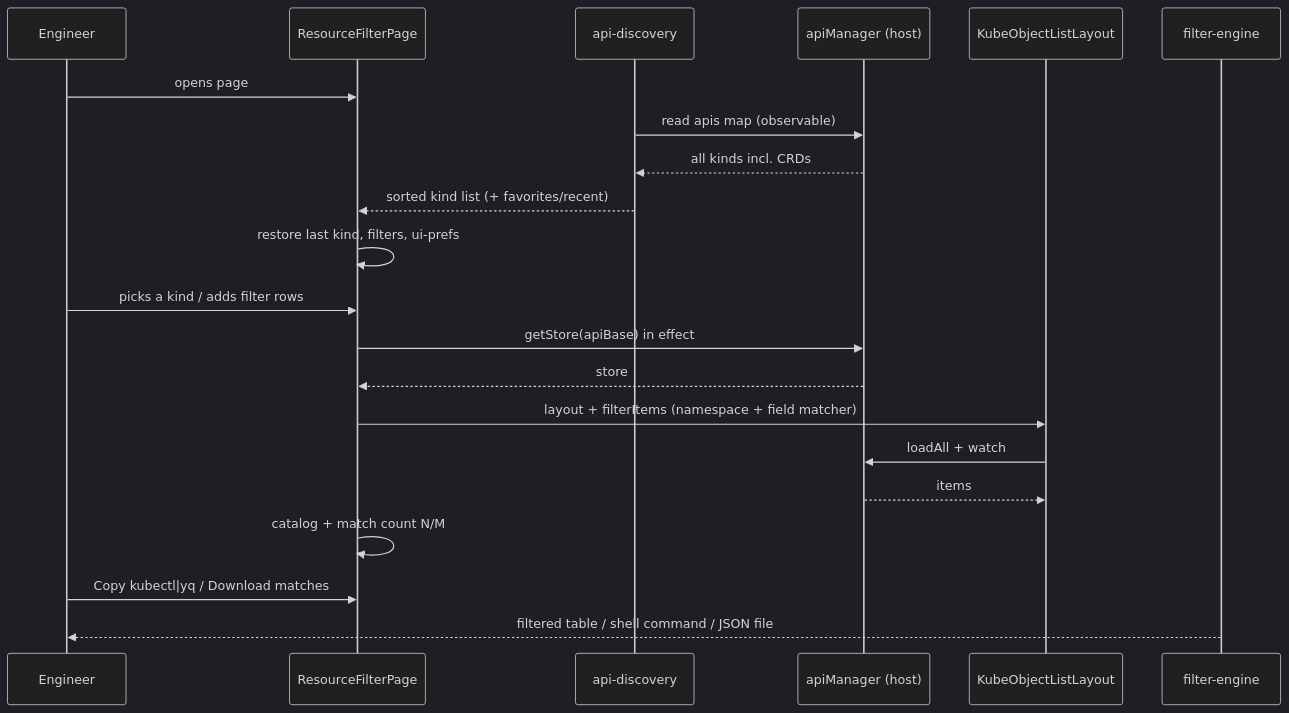
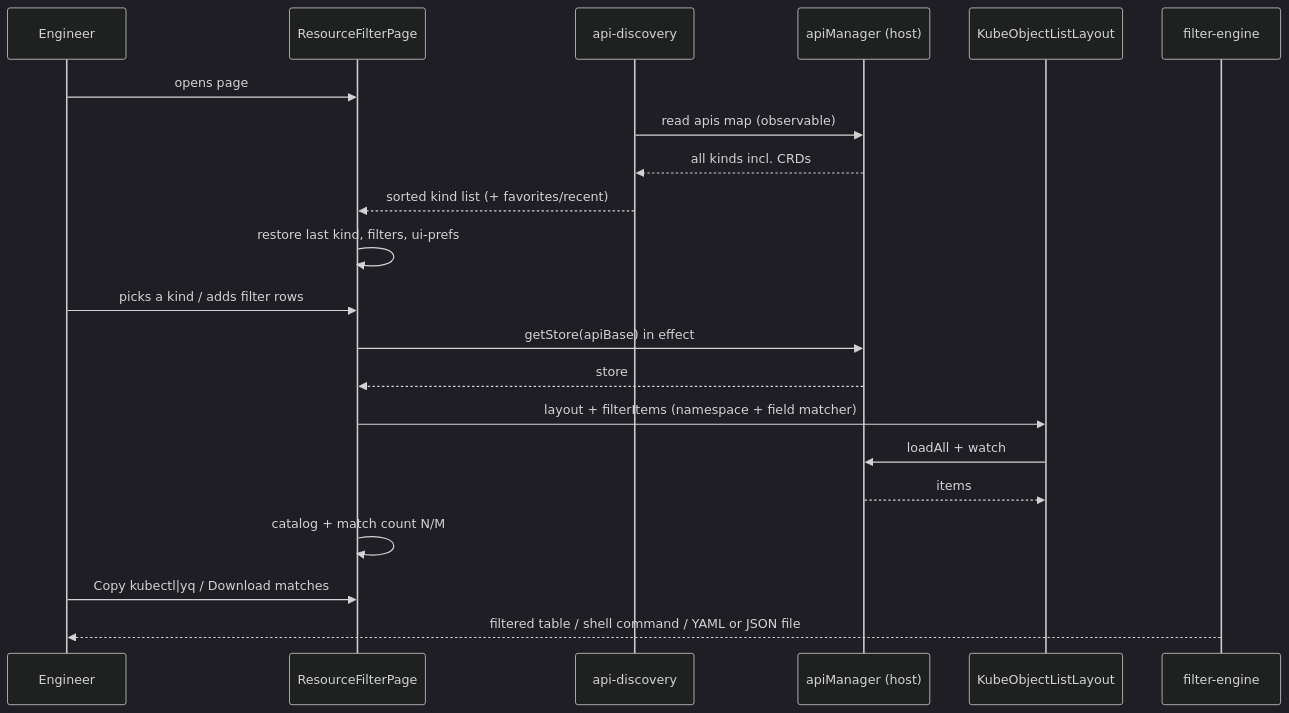
The second of 2 diagrams in docs/ARCHITECTURE.md (mojish/freelens-resource-filter-extension), drawn with Mermaid (dark theme) before and after one commit. The commit also changed other lines of this file and 28 other files, not shown here.

````diff
--- a/docs/ARCHITECTURE.md
+++ b/docs/ARCHITECTURE.md
@@ -55,24 +65,24 @@
 ```mermaid
 sequenceDiagram
     participant U as Engineer
     participant P as ResourceFilterPage
     participant D as api-discovery
     participant AM as apiManager (host)
     participant L as KubeObjectListLayout
     participant FE as filter-engine
 
     U->>P: opens page
     D->>AM: read apis map (observable)
     AM-->>D: all kinds incl. CRDs
     D-->>P: sorted kind list (+ favorites/recent)
     P->>P: restore last kind, filters, ui-prefs
     U->>P: picks a kind / adds filter rows
     P->>AM: getStore(apiBase) in effect
     AM-->>P: store
     P->>L: layout + filterItems (namespace + field matcher)
     L->>AM: loadAll + watch
     AM-->>L: items
     P->>P: catalog + match count N/M
     U->>P: Copy kubectl|yq / Download matches
-    FE-->>U: filtered table / shell command / JSON file
+    FE-->>U: filtered table / shell command / YAML or JSON file
 ```
````
